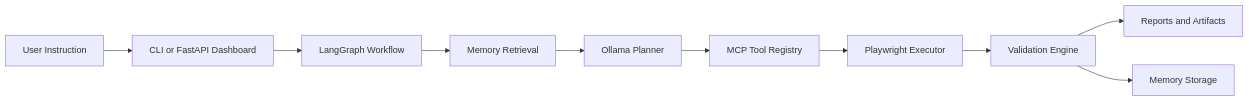
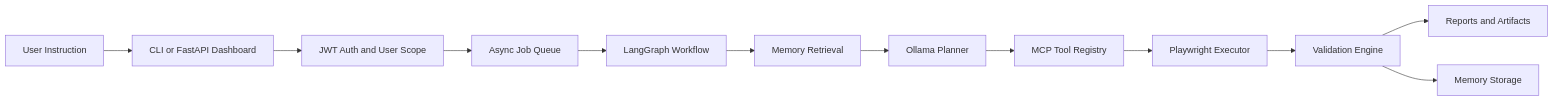
One commit to nexusBL/SentinelAI changed the diagram in docs/ARCHITECTURE.md. Above: the diagram before and after it, drawn with Mermaid. The commit also changed other lines of this file and 32 other files, not shown here.

````diff
--- a/docs/ARCHITECTURE.md
+++ b/docs/ARCHITECTURE.md
@@ -19,12 +20,14 @@
 ```mermaid
 flowchart LR
     U[User Instruction] --> Entry[CLI or FastAPI Dashboard]
-    Entry --> Graph[LangGraph Workflow]
+    Entry --> Auth[JWT Auth and User Scope]
+    Auth --> Jobs[Async Job Queue]
+    Jobs --> Graph[LangGraph Workflow]
     Graph --> Retrieve[Memory Retrieval]
     Retrieve --> Planner[Ollama Planner]
     Planner --> Tools[MCP Tool Registry]
     Tools --> Browser[Playwright Executor]
     Browser --> Validate[Validation Engine]
     Validate --> Artifacts[Reports and Artifacts]
     Validate --> Store[Memory Storage]
 ```
````
